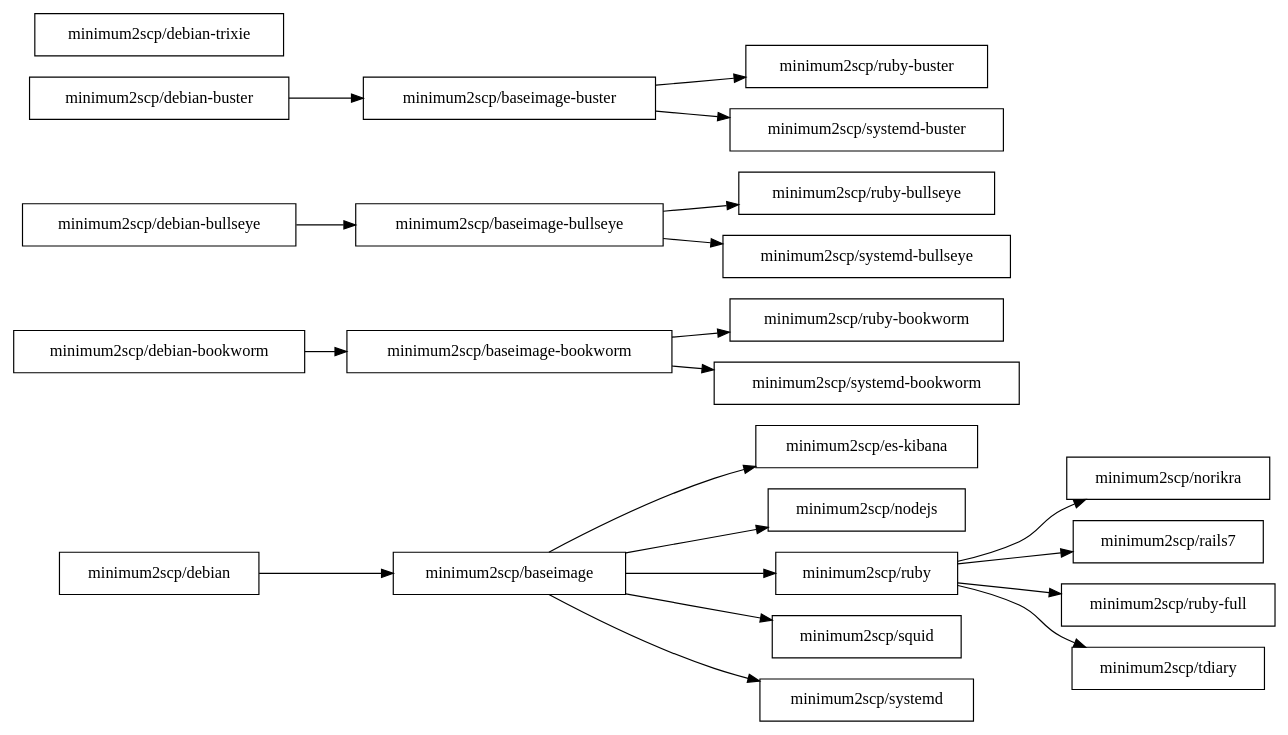
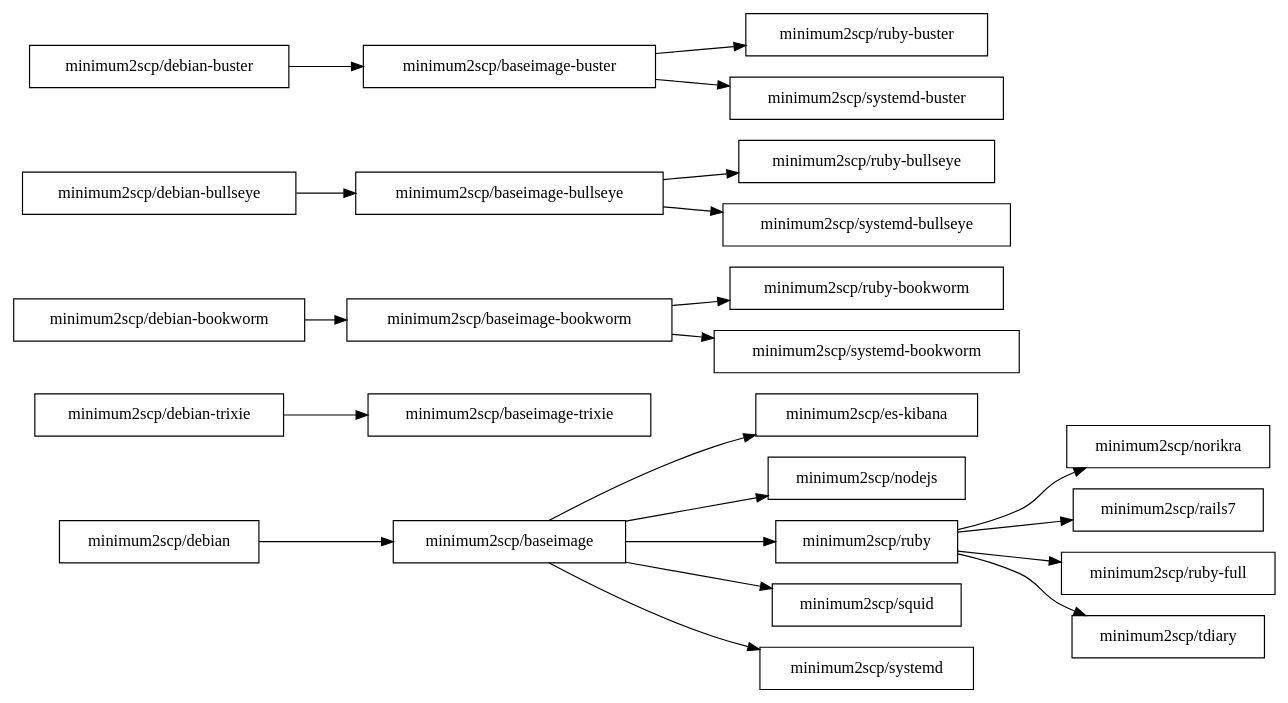
One commit to minimum2scp/dockerfiles changed the diagram in deps.dot. Above: the diagram before and after it, drawn with Graphviz. The commit also changed 28 other files, not shown here.

Commit message:
Added baseimage-trixie image

```diff
--- a/deps.dot
+++ b/deps.dot
@@ -1,50 +1,53 @@
 digraph deps {
   graph [
     rankdir = "LR"
   ];
 
   node [
     shape = "box"
   ];
 
   ratio = auto;
 
   baseimage          [label = "minimum2scp/baseimage"];
+  baseimage_trixie   [label = "minimum2scp/baseimage-trixie"];
   baseimage_bookworm [label = "minimum2scp/baseimage-bookworm"];
   baseimage_bullseye [label = "minimum2scp/baseimage-bullseye"];
   baseimage_buster   [label = "minimum2scp/baseimage-buster"];
   debian             [label = "minimum2scp/debian"];
   debian_trixie      [label = "minimum2scp/debian-trixie"];
   debian_bookworm    [label = "minimum2scp/debian-bookworm"];
   debian_bullseye    [label = "minimum2scp/debian-bullseye"];
   debian_buster      [label = "minimum2scp/debian-buster"];
   es_kibana          [label = "minimum2scp/es-kibana"];
   nodejs             [label = "minimum2scp/nodejs"];
   norikra            [label = "minimum2scp/norikra"];
   rails7             [label = "minimum2scp/rails7"];
   ruby               [label = "minimum2scp/ruby"];
   ruby_bookworm      [label = "minimum2scp/ruby-bookworm"];
   ruby_bullseye      [label = "minimum2scp/ruby-bullseye"];
   ruby_buster        [label = "minimum2scp/ruby-buster"];
   ruby_full          [label = "minimum2scp/ruby-full"];
   squid              [label = "minimum2scp/squid"];
   systemd            [label = "minimum2scp/systemd"];
   systemd_bookworm   [label = "minimum2scp/systemd-bookworm"];
   systemd_bullseye   [label = "minimum2scp/systemd-bullseye"];
   systemd_buster     [label = "minimum2scp/systemd-buster"];
   tdiary             [label = "minimum2scp/tdiary"];
 
   debian    -> baseimage;
   baseimage -> {es_kibana, nodejs, ruby, squid, systemd};
   ruby      -> {norikra, rails7, ruby_full, tdiary};
 
+  debian_trixie   -> baseimage_trixie;
+
   debian_bookworm -> baseimage_bookworm;
   baseimage_bookworm -> {ruby_bookworm, systemd_bookworm};
 
   debian_bullseye -> baseimage_bullseye;
   baseimage_bullseye -> {ruby_bullseye, systemd_bullseye};
 
   debian_buster -> baseimage_buster;
   baseimage_buster -> {ruby_buster, systemd_buster};
 
 }
```
